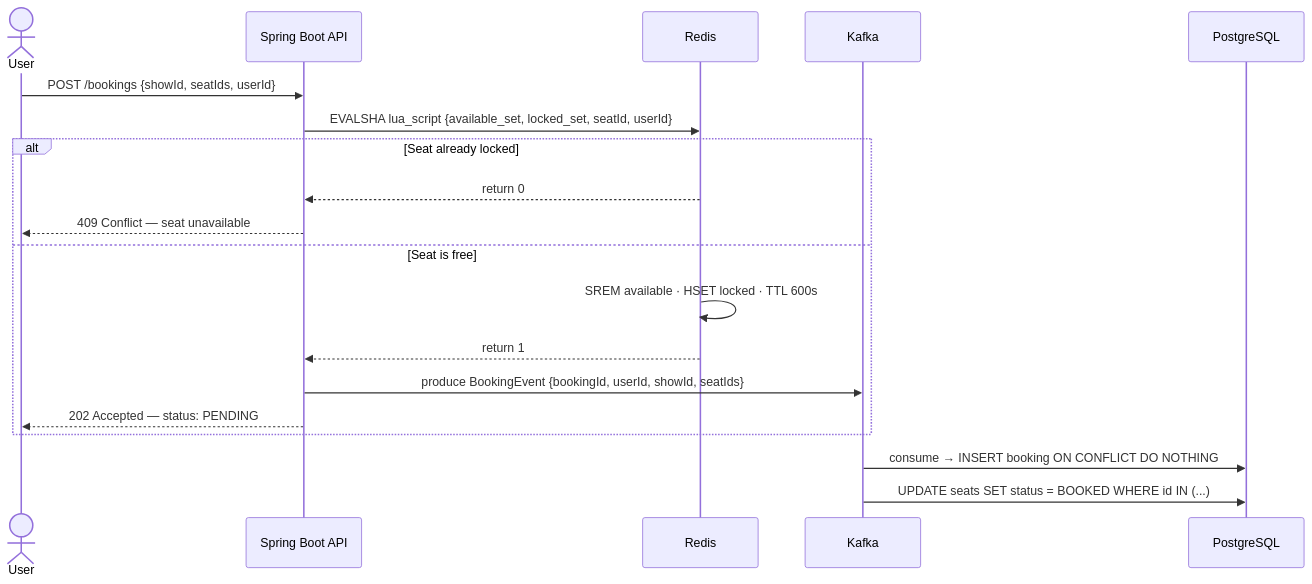
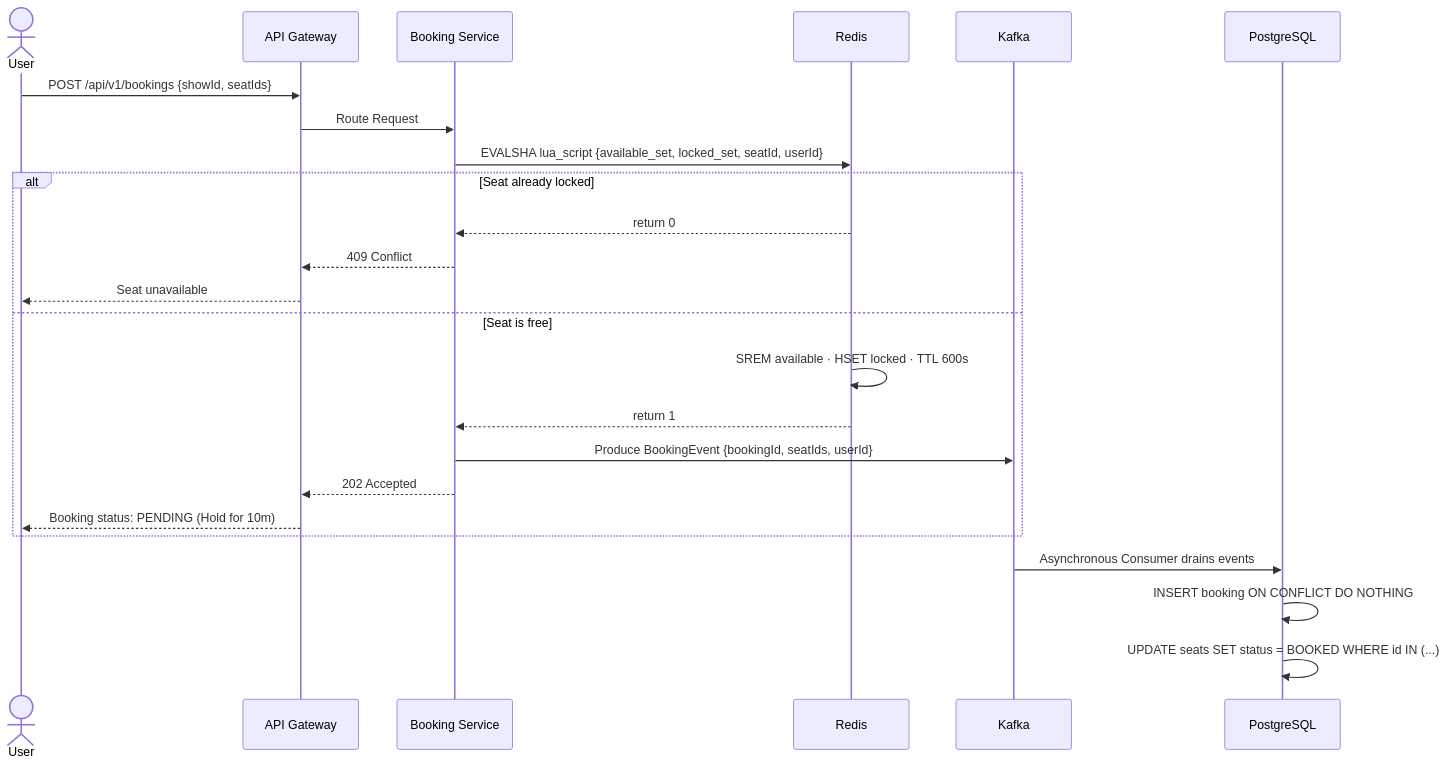
One commit to ShvetGhareWork/Ticketizer changed the second of 2 diagrams in README.md. Above: the diagram before and after it, drawn with Mermaid. The commit also changed other lines of this file, not shown here.

````diff
--- a/README.md
+++ b/README.md
@@ -41,24 +86,29 @@
 ```mermaid
 sequenceDiagram
     actor User
-    participant API as Spring Boot API
+    participant Gateway as API Gateway
+    participant Booking as Booking Service
     participant Redis
     participant Kafka
     participant DB as PostgreSQL
 
-    User->>API: POST /bookings {showId, seatIds, userId}
-    API->>Redis: EVALSHA lua_script {available_set, locked_set, seatId, userId}
+    User->>Gateway: POST /api/v1/bookings {showId, seatIds}
+    Gateway->>Booking: Route Request
+    Booking->>Redis: EVALSHA lua_script {available_set, locked_set, seatId, userId}
 
     alt Seat already locked
-        Redis-->>API: return 0
-        API-->>User: 409 Conflict — seat unavailable
+        Redis-->>Booking: return 0
+        Booking-->>Gateway: 409 Conflict
+        Gateway-->>User: Seat unavailable
     else Seat is free
         Redis->>Redis: SREM available · HSET locked · TTL 600s
-        Redis-->>API: return 1
-        API->>Kafka: produce BookingEvent {bookingId, userId, showId, seatIds}
-        API-->>User: 202 Accepted — status: PENDING
+        Redis-->>Booking: return 1
+        Booking->>Kafka: Produce BookingEvent {bookingId, seatIds, userId}
+        Booking-->>Gateway: 202 Accepted
+        Gateway-->>User: Booking status: PENDING (Hold for 10m)
     end
 
-    Kafka->>DB: consume → INSERT booking ON CONFLICT DO NOTHING
-    Kafka->>DB: UPDATE seats SET status = BOOKED WHERE id IN (...)
+    Kafka->>DB: Asynchronous Consumer drains events
+    DB->>DB: INSERT booking ON CONFLICT DO NOTHING
+    DB->>DB: UPDATE seats SET status = BOOKED WHERE id IN (...)
 ```
````
